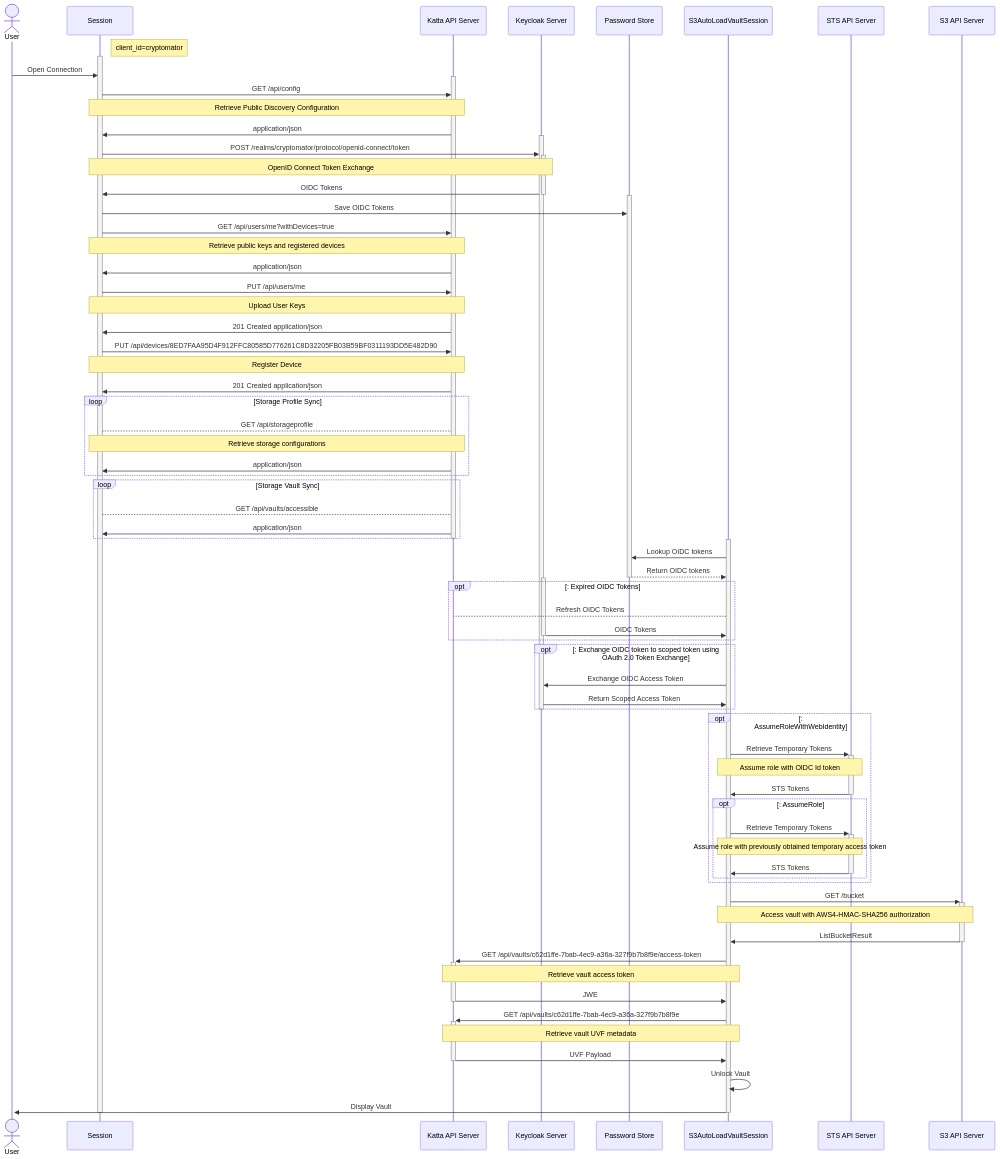
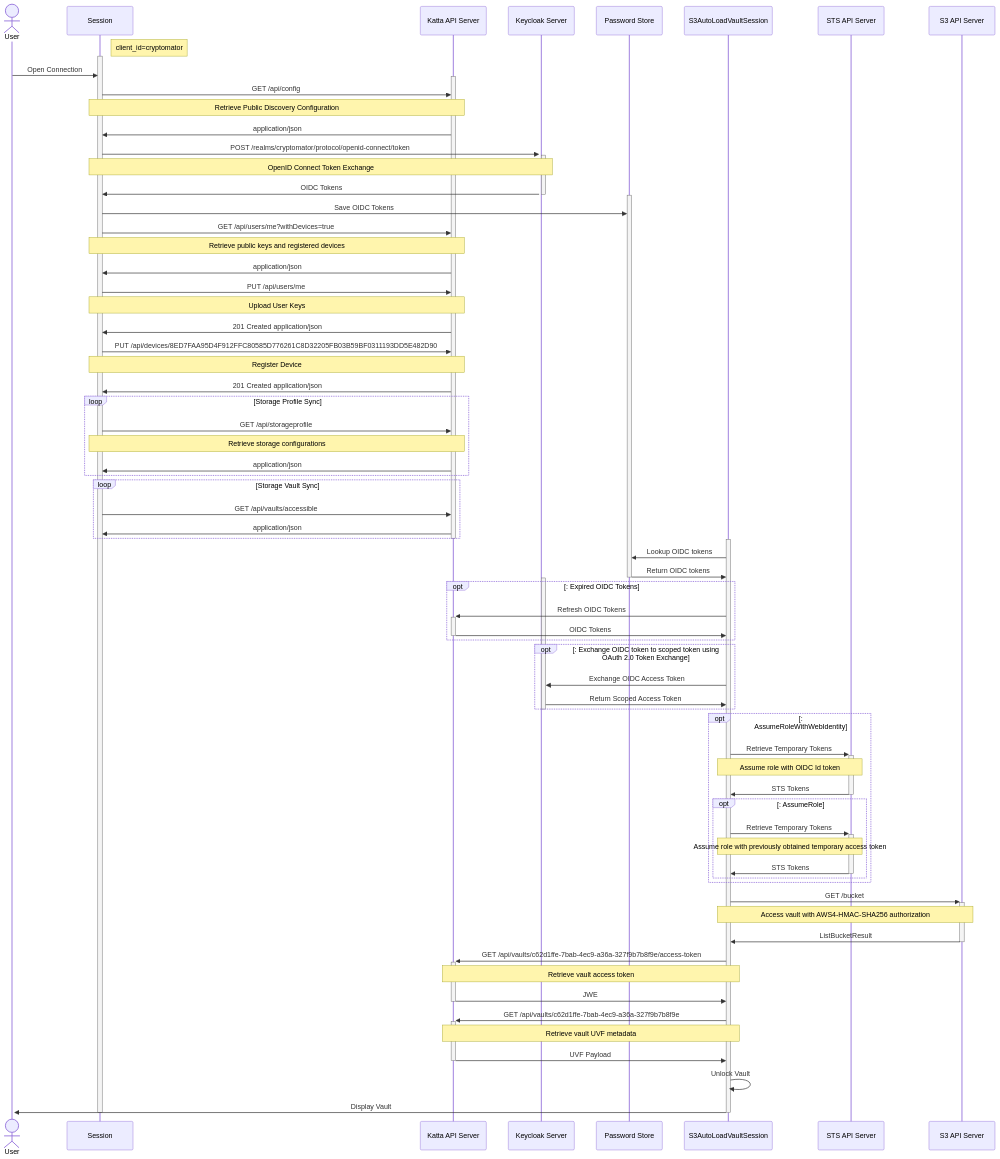
Before and after one commit to shift7-ch/katta-clientlib: the third of 3 diagrams in README.md, drawn with Mermaid.

Commit message:
Fix notation errors.

```diff
--- a/README.md
+++ b/README.md
@@ -161,12 +161,12 @@
     katta->>session: 201 Created application/json
 
     loop Storage Profile Sync
-        session-->katta: GET /api/storageprofile
+        session->>katta: GET /api/storageprofile
         Note over session,katta: Retrieve storage configurations
         katta->>session: application/json
     end
     loop Storage Vault Sync
-        session-->katta: GET /api/vaults/accessible
+        session->>katta: GET /api/vaults/accessible
         katta->>session: application/json
     end
     deactivate katta
@@ -174,13 +174,13 @@
     participant vault as S3AutoLoadVaultSession
     activate vault
     vault->>keychain: Lookup OIDC tokens
-    keychain-->>vault: Return OIDC tokens
+    keychain->>vault: Return OIDC tokens
     deactivate keychain
     activate keycloak
 
     opt: Expired OIDC Tokens
-        vault-->katta: Refresh OIDC Tokens
-        keycloak->>-vault: OIDC Tokens
+        vault->>+katta: Refresh OIDC Tokens
+        katta->>-vault: OIDC Tokens
     end
 
     opt: Exchange OIDC token to scoped token using OAuth 2.0 Token Exchange
```
